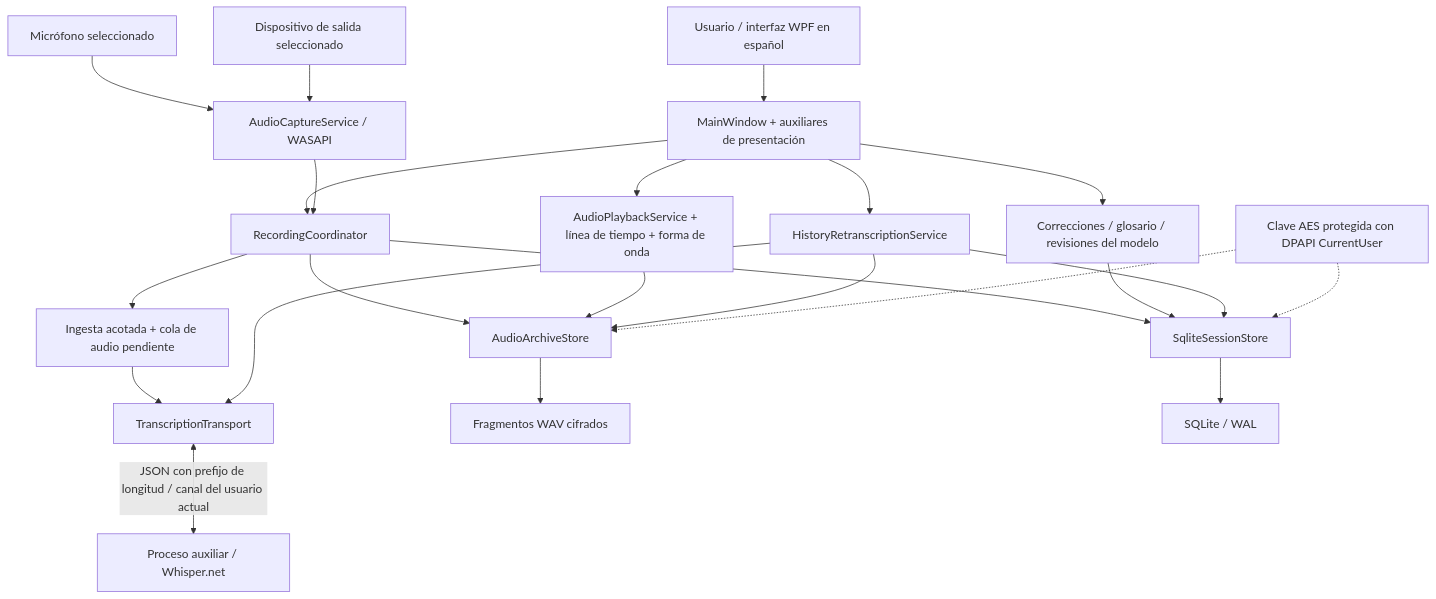
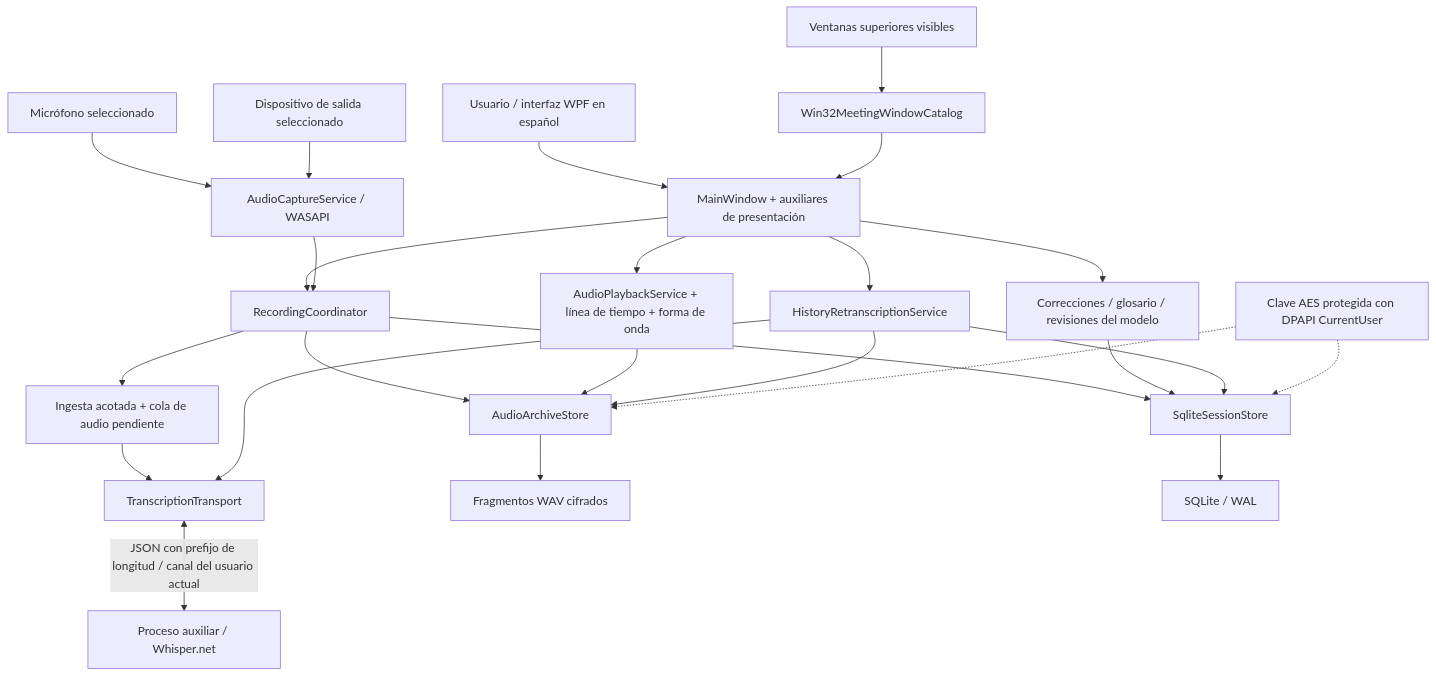
The first of 2 diagrams in docs/architecture.md (Andres-MMG/Trazio-Asistente-Reunion), drawn with Mermaid before and after one commit. The commit also changed other lines of this file and 21 other files, not shown here.

Commit message:
feat(meeting): associate selected window provider

````diff
--- a/docs/architecture.md
+++ b/docs/architecture.md
@@ -9,25 +9,27 @@
 ```mermaid
 flowchart TB
     User["Usuario / interfaz WPF en español"] --> UI["MainWindow + auxiliares de presentación"]
+    Windows["Ventanas superiores visibles"] --> Catalog["Win32MeetingWindowCatalog"]
+    Catalog --> UI
     UI --> RC["RecordingCoordinator"]
     Mic["Micrófono seleccionado"] --> Capture["AudioCaptureService / WASAPI"]
     Output["Dispositivo de salida seleccionado"] --> Capture
     Capture --> RC
     RC --> Queue["Ingesta acotada + cola de audio pendiente"]
     Queue --> Transport["TranscriptionTransport"]
     Transport <-->|"JSON con prefijo de longitud / canal del usuario actual"| Worker["Proceso auxiliar / Whisper.net"]
     RC --> DB["SqliteSessionStore"]
     RC --> Archive["AudioArchiveStore"]
     UI --> Review["Correcciones / glosario / revisiones del modelo"]
     Review --> DB
     UI --> Player["AudioPlaybackService + línea de tiempo + forma de onda"]
     Player --> Archive
     UI --> Retranscribe["HistoryRetranscriptionService"]
     Retranscribe --> Archive
     Retranscribe --> Transport
     Retranscribe --> DB
     Archive --> Files["Fragmentos WAV cifrados"]
     DB --> SQLite["SQLite / WAL"]
     Key["Clave AES protegida con DPAPI CurrentUser"] -.-> DB
     Key -.-> Archive
 ```
````
